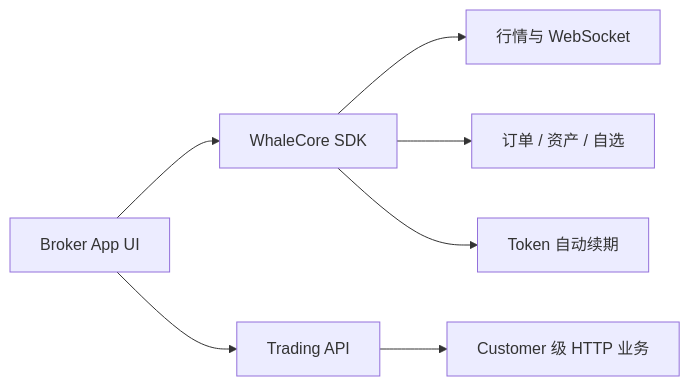
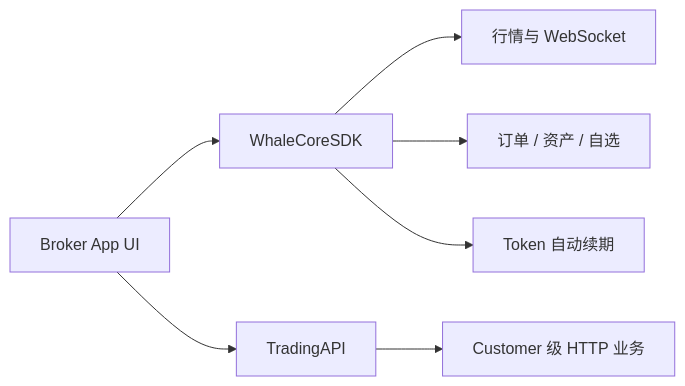
One commit to longbridge/whale-docs changed the diagram in docs/zh-CN/whalesdk/whalecore/overview.mdx. Above: the diagram before and after it, drawn with Mermaid. The commit also changed other lines of this file and 120 other files, not shown here.

````diff
--- a/docs/zh-CN/whalesdk/whalecore/overview.mdx
+++ b/docs/zh-CN/whalesdk/whalecore/overview.mdx
@@ -33,9 +33,9 @@
 ```mermaid
 flowchart LR
-    A[Broker App UI] --> B[WhaleCore SDK]
+    A[Broker App UI] --> B[WhaleCoreSDK]
     B --> C[行情与 WebSocket]
     B --> D[订单 / 资产 / 自选]
     B --> E[Token 自动续期]
-    A --> F[Trading API]
+    A --> F[TradingAPI]
     F --> G[Customer 级 HTTP 业务]
 ```
````
